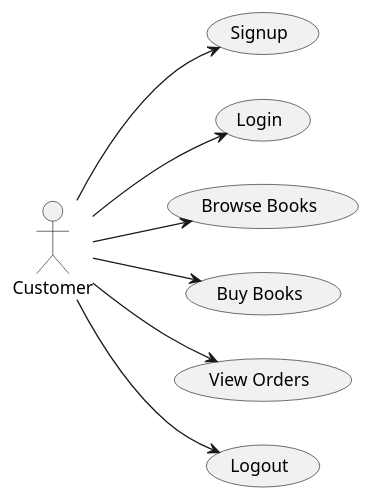
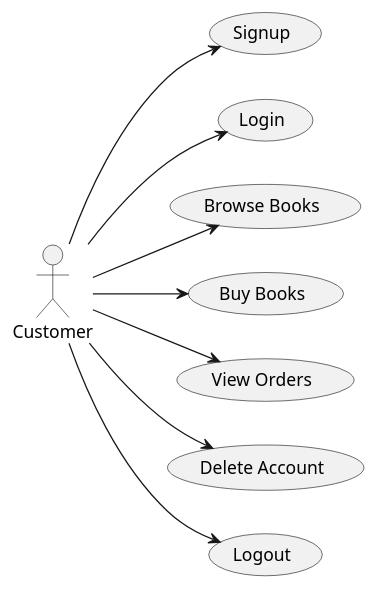
Before and after one commit to msteenstu/3024-Final-Project: the diagram in uml/usecase.wsd, drawn with PlantUML. The commit also changed 5 other files, not shown here.

Commit message:
Initial database models, use case diagram, operations files, and routes for signup, login, logout

```diff
--- a/uml/usecase.wsd
+++ b/uml/usecase.wsd
@@ -1,13 +1,14 @@
 @startuml
 left to right direction
 
 :Customer:
 
 Customer --> (Signup)
 Customer --> (Login)
 Customer --> (Browse Books)
 Customer --> (Buy Books)
 Customer --> (View Orders)
+Customer --> (Delete Account)
 Customer --> (Logout)
 
 @enduml
```
